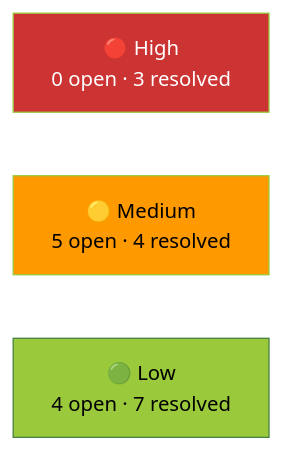
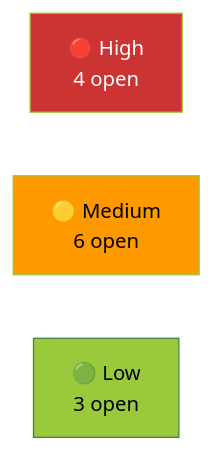
One commit to marcelofrau/xb-homebrew-vault changed the diagram in docs/tech-debt.md. Above: the diagram before and after it, drawn with Mermaid (forest theme). The commit also changed other lines of this file and 186 other files, not shown here.

````diff
--- a/docs/tech-debt.md
+++ b/docs/tech-debt.md
@@ -326,10 +322,10 @@
 ```mermaid
 graph LR
-    H["🔴 High<br/>0 open · 3 resolved"]
-    M["🟡 Medium<br/>5 open · 4 resolved"]
-    L["🟢 Low<br/>4 open · 7 resolved"]
+    H["🔴 High<br/>4 open"]
+    M["🟡 Medium<br/>6 open"]
+    L["🟢 Low<br/>3 open"]
     
     style H fill:#CC3333,stroke:#9ACA3C,color:#fff
     style M fill:#FF9900,stroke:#9ACA3C,color:#000
     style L fill:#9ACA3C,stroke:#447F3E,color:#000
 ```
````
